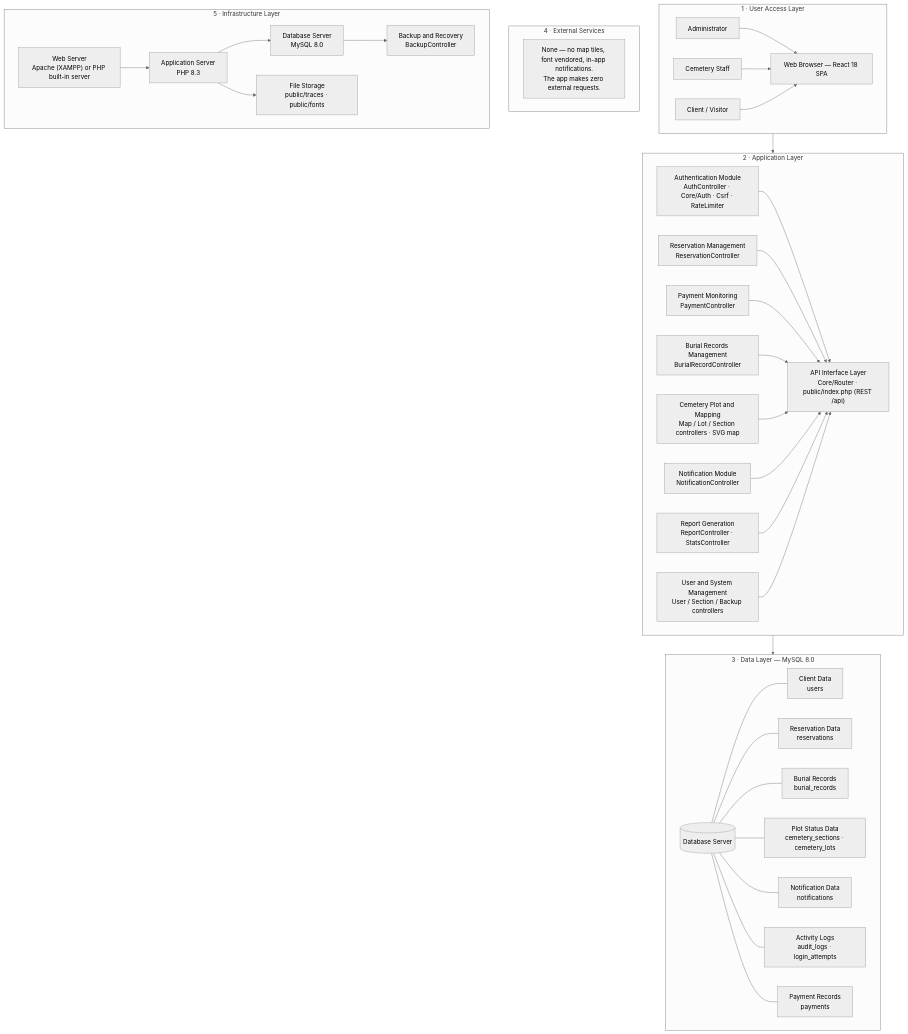
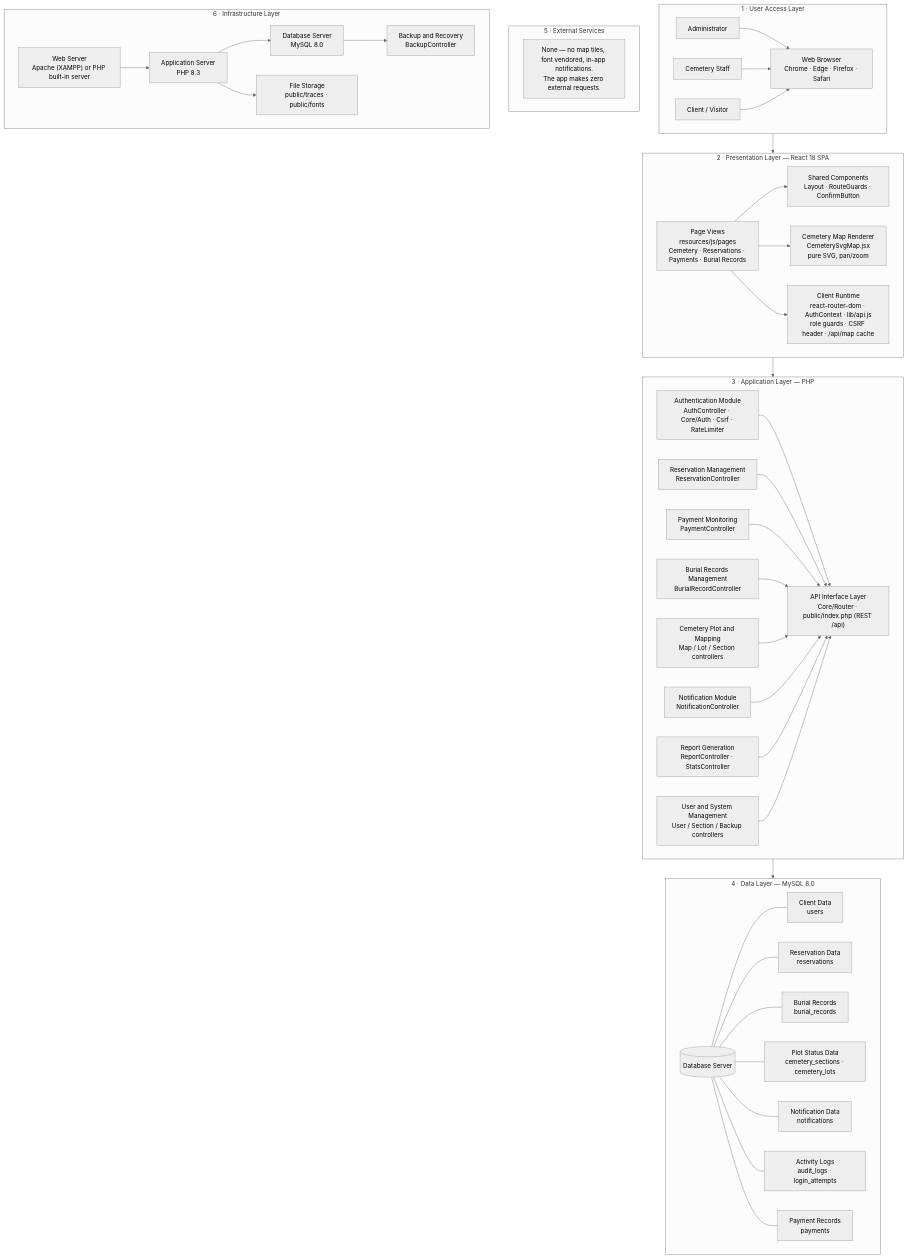
Before and after one commit to s0nprem0/capstone: the diagram in docs/architecture.md, drawn with Mermaid (neutral theme). The commit also changed other lines of this file and 2 other files, not shown here.

Commit message:
docs: add the presentation layer to the architecture diagram
The study's layered diagram jumps from the user access layer straight to the
application layer, and our first reconciliation collapsed the whole front end
into a single 'Web Browser — React 18 SPA' box, so the presentation layer was
missing from both. It is a real layer in the build: 15 routed page views,
shared components, the SVG map renderer, and a client runtime that owns
routing, session state, role guards, the CSRF header and the /api/map cache.

- add it as layer 2 with its four components, and demote the browser to a
  plain box (it is the environment, not the app)
- add a table of what lives in the layer, so 'what's in the presentation
  layer?' has an answer that is not just the picture
- AGENTS.md and the technical manual: five layers -> six, and both now
  describe the presentation layer and its API-only boundary

```diff
--- a/docs/architecture.md
+++ b/docs/architecture.md
@@ -13,23 +13,31 @@
     A1["Administrator"]
     A2["Cemetery Staff"]
     A3["Client / Visitor"]
-    A4["Web Browser — React 18 SPA"]
+    A4["Web Browser<br/>Chrome · Edge · Firefox · Safari"]
   end
 
-  subgraph L2["2 · Application Layer"]
+  subgraph L2["2 · Presentation Layer — React 18 SPA"]
+    direction LR
+    P1["Page Views<br/>resources/js/pages<br/>Cemetery · Reservations · Payments · Burial Records"]
+    P2["Shared Components<br/>Layout · RouteGuards · ConfirmButton"]
+    P3["Cemetery Map Renderer<br/>CemeterySvgMap.jsx<br/>pure SVG, pan/zoom"]
+    P4["Client Runtime<br/>react-router-dom · AuthContext · lib/api.js<br/>role guards · CSRF header · /api/map cache"]
+  end
+
+  subgraph L3["3 · Application Layer — PHP"]
     direction LR
     M1["Authentication Module<br/>AuthController · Core/Auth · Csrf · RateLimiter"]
     M2["Reservation Management<br/>ReservationController"]
     M2b["Payment Monitoring<br/>PaymentController"]
     M3["Burial Records Management<br/>BurialRecordController"]
-    M4["Cemetery Plot and Mapping<br/>Map / Lot / Section controllers · SVG map"]
+    M4["Cemetery Plot and Mapping<br/>Map / Lot / Section controllers"]
     M5["Notification Module<br/>NotificationController"]
     M6["Report Generation<br/>ReportController · StatsController"]
     M7["User and System Management<br/>User / Section / Backup controllers"]
     M8["API Interface Layer<br/>Core/Router · public/index.php (REST /api)"]
   end
 
-  subgraph L3["3 · Data Layer — MySQL 8.0"]
+  subgraph L4["4 · Data Layer — MySQL 8.0"]
     direction LR
     D0[("Database Server")]
     D1["Client Data<br/>users"]
@@ -41,12 +49,12 @@
     D7["Payment Records<br/>payments"]
   end
 
-  subgraph L4["4 · External Services"]
+  subgraph L5["5 · External Services"]
     direction LR
     X1["None — no map tiles, font vendored, in-app notifications.<br/>The app makes zero external requests."]
   end
 
-  subgraph L5["5 · Infrastructure Layer"]
+  subgraph L6["6 · Infrastructure Layer"]
     direction LR
     I1["Web Server<br/>Apache (XAMPP) or PHP built-in server"]
     I2["Application Server<br/>PHP 8.3"]
@@ -58,7 +66,11 @@
   A1 --> A4
   A2 --> A4
   A3 --> A4
-  A4 --> M8
+  A4 --> P1
+  P1 --> P2
+  P1 --> P3
+  P1 --> P4
+  P4 --> M8
   M1 --> M8
   M2 --> M8
   M2b --> M8
```
